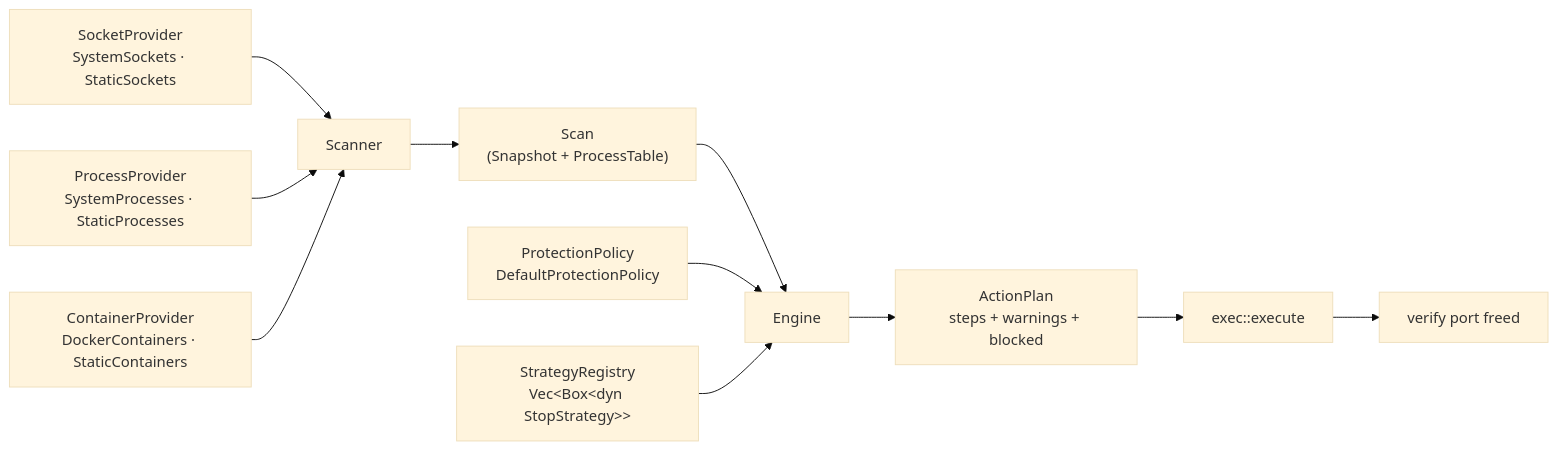
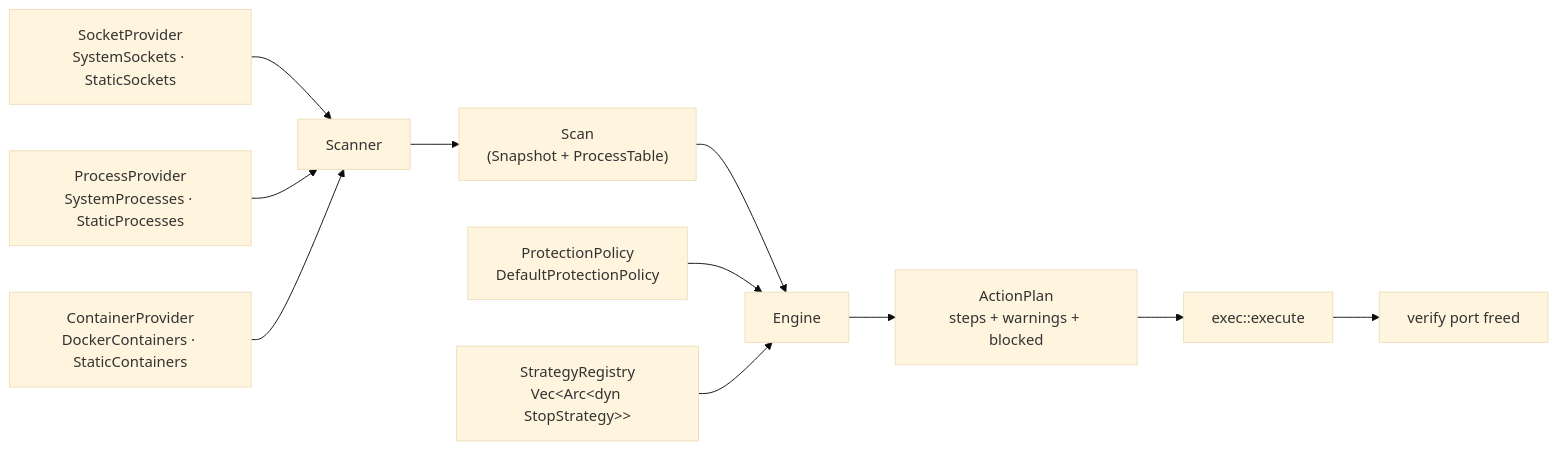
The second of 6 diagrams in docs/architecture.md (santoshshinde2012/holdmap), drawn with Mermaid (base theme) before and after one commit. The commit also changed other lines of this file and 99 other files, not shown here.

````diff
--- a/docs/architecture.md
+++ b/docs/architecture.md
@@ -94,13 +42,13 @@
 ```mermaid
 flowchart LR
   SP["SocketProvider<br/>SystemSockets · StaticSockets"] --> S
   PP["ProcessProvider<br/>SystemProcesses · StaticProcesses"] --> S
   CP["ContainerProvider<br/>DockerContainers · StaticContainers"] --> S
   S["Scanner"] --> SNAP["Scan<br/>(Snapshot + ProcessTable)"]
   SNAP --> E["Engine"]
   POL["ProtectionPolicy<br/>DefaultProtectionPolicy"] --> E
-  REG["StrategyRegistry<br/>Vec&lt;Box&lt;dyn StopStrategy&gt;&gt;"] --> E
+  REG["StrategyRegistry<br/>Vec&lt;Arc&lt;dyn StopStrategy&gt;&gt;"] --> E
   E --> PLAN["ActionPlan<br/>steps + warnings + blocked"]
   PLAN --> X["exec::execute"]
   X --> V["verify port freed"]
 ```
````
